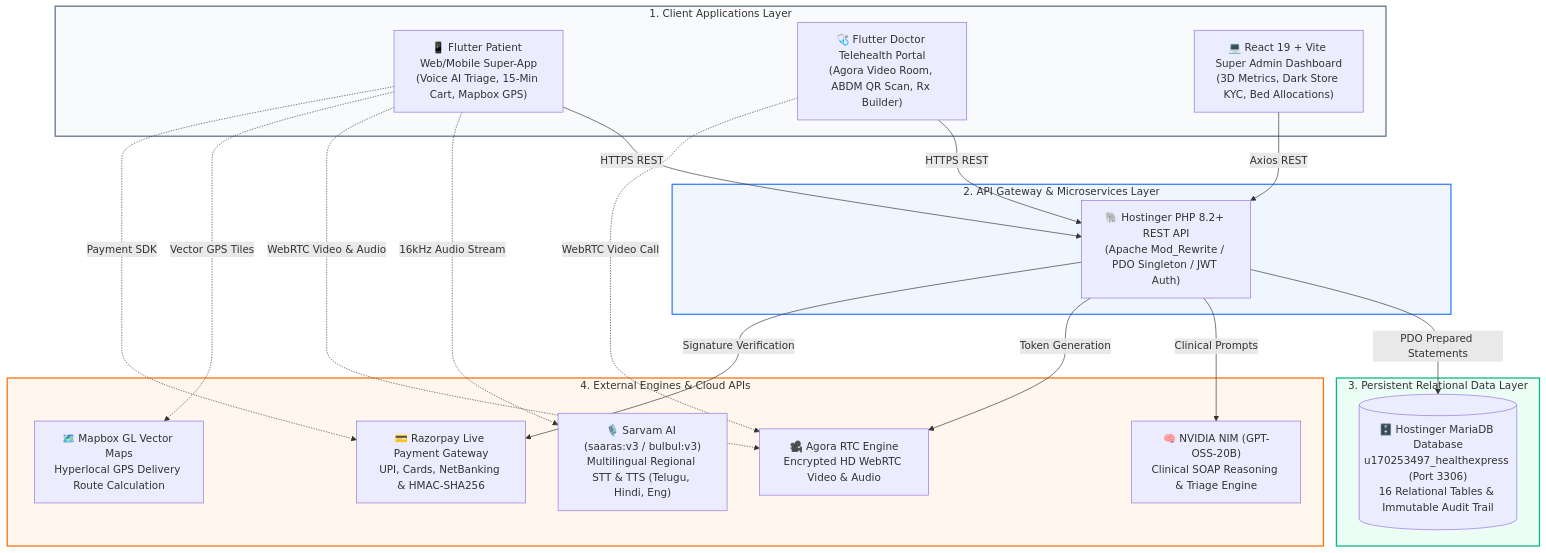
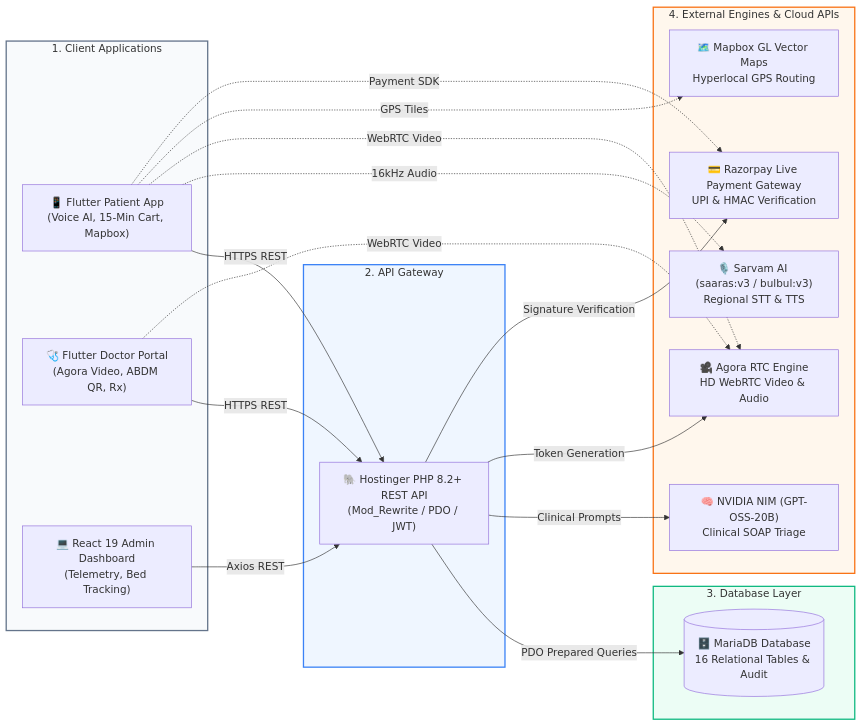
The second of 11 diagrams in README.md (pavanstarkin-tech/healthyxpress_medha), drawn with Mermaid before and after one commit. The commit also changed other lines of this file, not shown here.

Commit message:
Docs: Convert all flowcharts and state diagrams to horizontal (LR) orientation to prevent vertical window overflow

````diff
--- a/README.md
+++ b/README.md
@@ -159,45 +162,45 @@
 ```mermaid
-graph TD
-    subgraph ClientLayer["1. Client Applications Layer"]
-        PatientApp["📱 Flutter Patient Web/Mobile Super-App<br/>(Voice AI Triage, 15-Min Cart, Mapbox GPS)"]
-        DoctorApp["🩺 Flutter Doctor Telehealth Portal<br/>(Agora Video Room, ABDM QR Scan, Rx Builder)"]
-        AdminApp["💻 React 19 + Vite Super Admin Dashboard<br/>(3D Metrics, Dark Store KYC, Bed Allocations)"]
+graph LR
+    subgraph ClientLayer["1. Client Applications"]
+        PatientApp["📱 Flutter Patient App<br/>(Voice AI, 15-Min Cart, Mapbox)"]
+        DoctorApp["🩺 Flutter Doctor Portal<br/>(Agora Video, ABDM QR, Rx)"]
+        AdminApp["💻 React 19 Admin Dashboard<br/>(Telemetry, Bed Tracking)"]
     end
 
-    subgraph APILayer["2. API Gateway & Microservices Layer"]
-        PHPBackend["🐘 Hostinger PHP 8.2+ REST API<br/>(Apache Mod_Rewrite / PDO Singleton / JWT Auth)"]
+    subgraph APILayer["2. API Gateway"]
+        PHPBackend["🐘 Hostinger PHP 8.2+ REST API<br/>(Mod_Rewrite / PDO / JWT)"]
     end
 
-    subgraph DatabaseLayer["3. Persistent Relational Data Layer"]
-        LiveDB[("🗄️ Hostinger MariaDB Database<br/>u170253497_healthexpress (Port 3306)<br/>16 Relational Tables & Immutable Audit Trail")]
+    subgraph DatabaseLayer["3. Database Layer"]
+        LiveDB[("🗄️ MariaDB Database<br/>16 Relational Tables & Audit")]
     end
 
     subgraph CloudServices["4. External Engines & Cloud APIs"]
-        SarvamAI["🎙️ Sarvam AI (saaras:v3 / bulbul:v3)<br/>Multilingual Regional STT & TTS (Telugu, Hindi, Eng)"]
-        NvidiaNIM["🧠 NVIDIA NIM (GPT-OSS-20B)<br/>Clinical SOAP Reasoning & Triage Engine"]
-        AgoraRTC["🎥 Agora RTC Engine<br/>Encrypted HD WebRTC Video & Audio"]
-        MapboxGL["🗺️ Mapbox GL Vector Maps<br/>Hyperlocal GPS Delivery Route Calculation"]
-        RazorpayGW["💳 Razorpay Live Payment Gateway<br/>UPI, Cards, NetBanking & HMAC-SHA256"]
+        SarvamAI["🎙️ Sarvam AI (saaras:v3 / bulbul:v3)<br/>Regional STT & TTS"]
+        NvidiaNIM["🧠 NVIDIA NIM (GPT-OSS-20B)<br/>Clinical SOAP Triage"]
+        AgoraRTC["🎥 Agora RTC Engine<br/>HD WebRTC Video & Audio"]
+        MapboxGL["🗺️ Mapbox GL Vector Maps<br/>Hyperlocal GPS Routing"]
+        RazorpayGW["💳 Razorpay Live Payment Gateway<br/>UPI & HMAC Verification"]
     end
 
     PatientApp -->|HTTPS REST| PHPBackend
     DoctorApp -->|HTTPS REST| PHPBackend
     AdminApp -->|Axios REST| PHPBackend
 
-    PatientApp -.->|16kHz Audio Stream| SarvamAI
-    PatientApp -.->|WebRTC Video & Audio| AgoraRTC
-    PatientApp -.->|Vector GPS Tiles| MapboxGL
+    PatientApp -.->|16kHz Audio| SarvamAI
+    PatientApp -.->|WebRTC Video| AgoraRTC
+    PatientApp -.->|GPS Tiles| MapboxGL
     PatientApp -.->|Payment SDK| RazorpayGW
 
-    DoctorApp -.->|WebRTC Video Call| AgoraRTC
+    DoctorApp -.->|WebRTC Video| AgoraRTC
 
-    PHPBackend -->|PDO Prepared Statements| LiveDB
+    PHPBackend -->|PDO Prepared Queries| LiveDB
     PHPBackend -->|Clinical Prompts| NvidiaNIM
     PHPBackend -->|Token Generation| AgoraRTC
     PHPBackend -->|Signature Verification| RazorpayGW
 
     style ClientLayer fill:#F8FAFC,stroke:#64748B,stroke-width:2px
     style APILayer fill:#EFF6FF,stroke:#3B82F6,stroke-width:2px
     style DatabaseLayer fill:#ECFDF5,stroke:#10B981,stroke-width:2px
     style CloudServices fill:#FFF7ED,stroke:#F97316,stroke-width:2px
 ```
````
